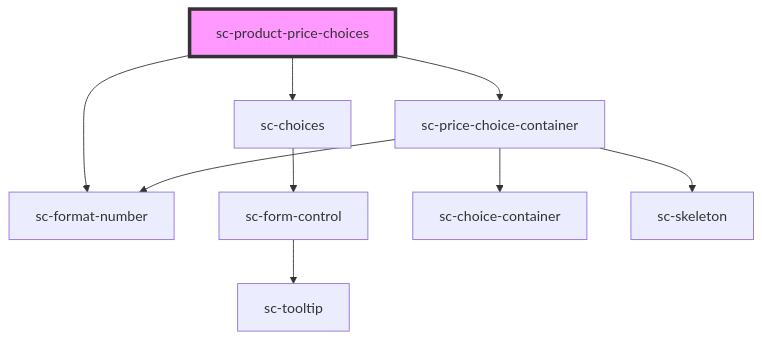
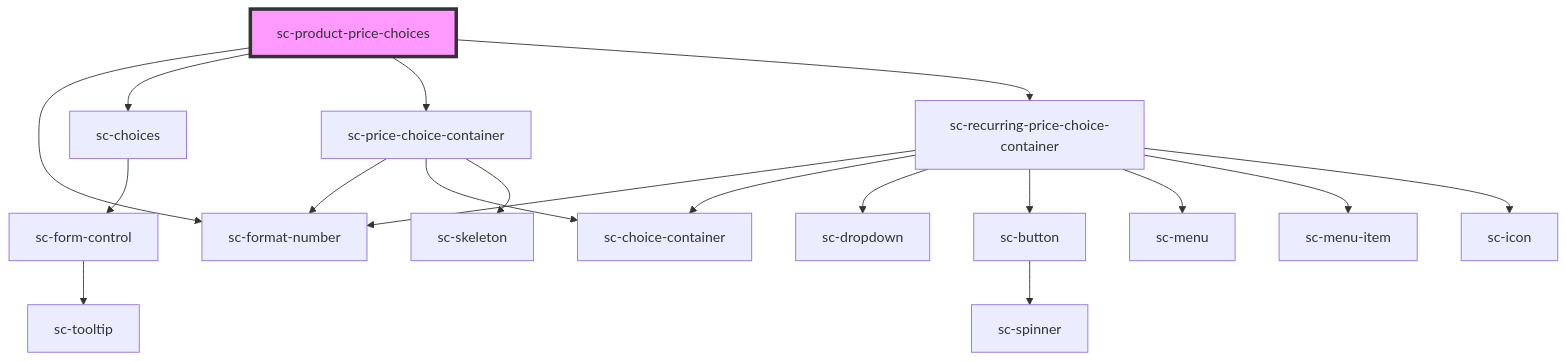
The diagram in packages/components/src/components/controllers/product/sc-product-price-choices/readme.md (surecart/surecart-wp-plugin), drawn with Mermaid before and after one commit. The commit also changed other lines of this file and 23 other files, not shown here.

````diff
--- a/packages/components/src/components/controllers/product/sc-product-price-choices/readme.md
+++ b/packages/components/src/components/controllers/product/sc-product-price-choices/readme.md
@@ -25,12 +26,21 @@
 ```mermaid
 graph TD;
   sc-product-price-choices --> sc-format-number
   sc-product-price-choices --> sc-choices
   sc-product-price-choices --> sc-price-choice-container
+  sc-product-price-choices --> sc-recurring-price-choice-container
   sc-choices --> sc-form-control
   sc-form-control --> sc-tooltip
   sc-price-choice-container --> sc-format-number
   sc-price-choice-container --> sc-choice-container
   sc-price-choice-container --> sc-skeleton
+  sc-recurring-price-choice-container --> sc-format-number
+  sc-recurring-price-choice-container --> sc-choice-container
+  sc-recurring-price-choice-container --> sc-dropdown
+  sc-recurring-price-choice-container --> sc-button
+  sc-recurring-price-choice-container --> sc-menu
+  sc-recurring-price-choice-container --> sc-menu-item
+  sc-recurring-price-choice-container --> sc-icon
+  sc-button --> sc-spinner
   style sc-product-price-choices fill:#f9f,stroke:#333,stroke-width:4px
 ```
````
